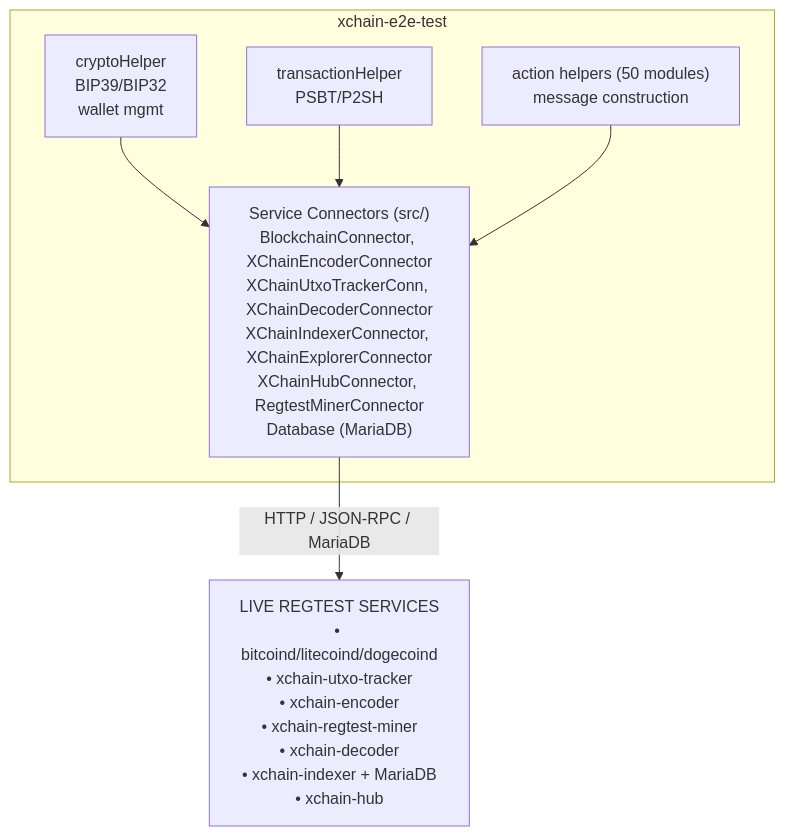
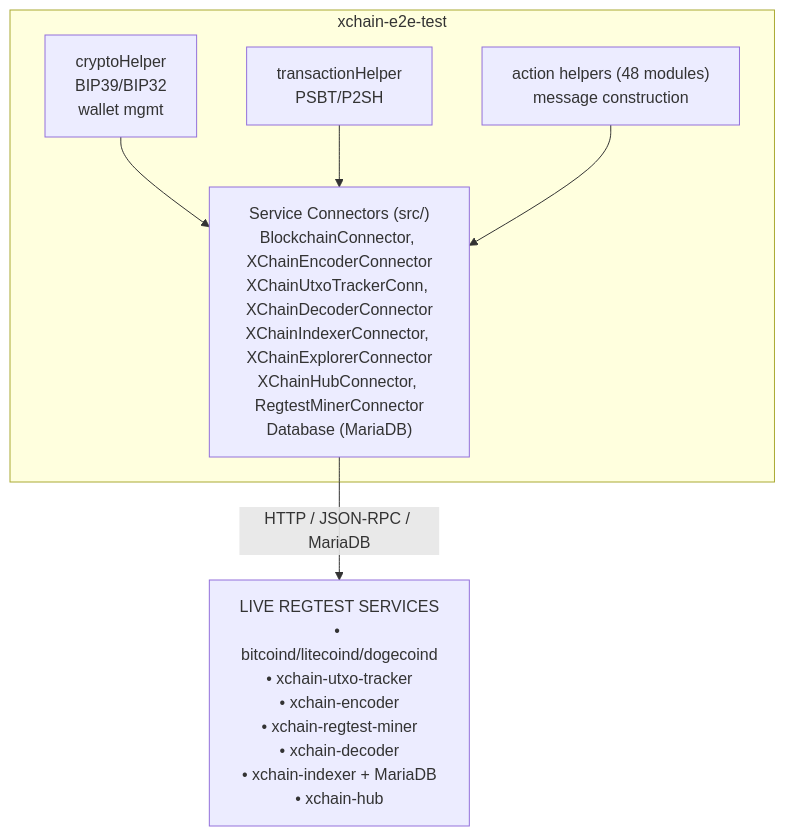
Before and after one commit to XChain-Platform/xchain-documentation: the second of 2 diagrams in components/e2e-test/README.md, drawn with Mermaid. The commit also changed other lines of this file and 2 other files, not shown here.

Commit message:
docs(e2e-test): recount the action suites, files and helper modules from the tree
The published figures counted two slash suites that are not in the repo, so the e2e-test repo's own recount test refused them. The tree carries 30 ACTION test suites across 76 files with 48 helper modules; SLASH leaves the enumerated list with them.

````diff
--- a/components/e2e-test/README.md
+++ b/components/e2e-test/README.md
@@ -65,14 +65,14 @@
 ```mermaid
 flowchart TD
     subgraph E2E["xchain-e2e-test"]
         CH["cryptoHelper<br>BIP39/BIP32<br>wallet mgmt"]
         TH["transactionHelper<br>PSBT/P2SH"]
-        AH["action helpers (50 modules)<br>message construction"]
+        AH["action helpers (48 modules)<br>message construction"]
         SC["Service Connectors (src/)<br>BlockchainConnector, XChainEncoderConnector<br>XChainUtxoTrackerConn, XChainDecoderConnector<br>XChainIndexerConnector, XChainExplorerConnector<br>XChainHubConnector, RegtestMinerConnector<br>Database (MariaDB)"]
         CH --> SC
         TH --> SC
         AH --> SC
     end
     SVC["LIVE REGTEST SERVICES<br>• bitcoind/litecoind/dogecoind<br>• xchain-utxo-tracker<br>• xchain-encoder<br>• xchain-regtest-miner<br>• xchain-decoder<br>• xchain-indexer + MariaDB<br>• xchain-hub"]
     SC -->|HTTP / JSON-RPC / MariaDB| SVC
 ```
````
